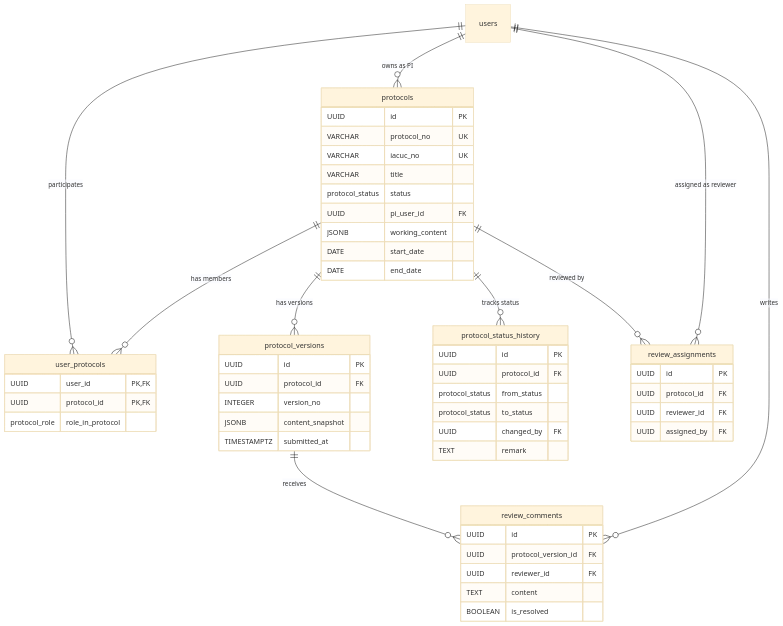
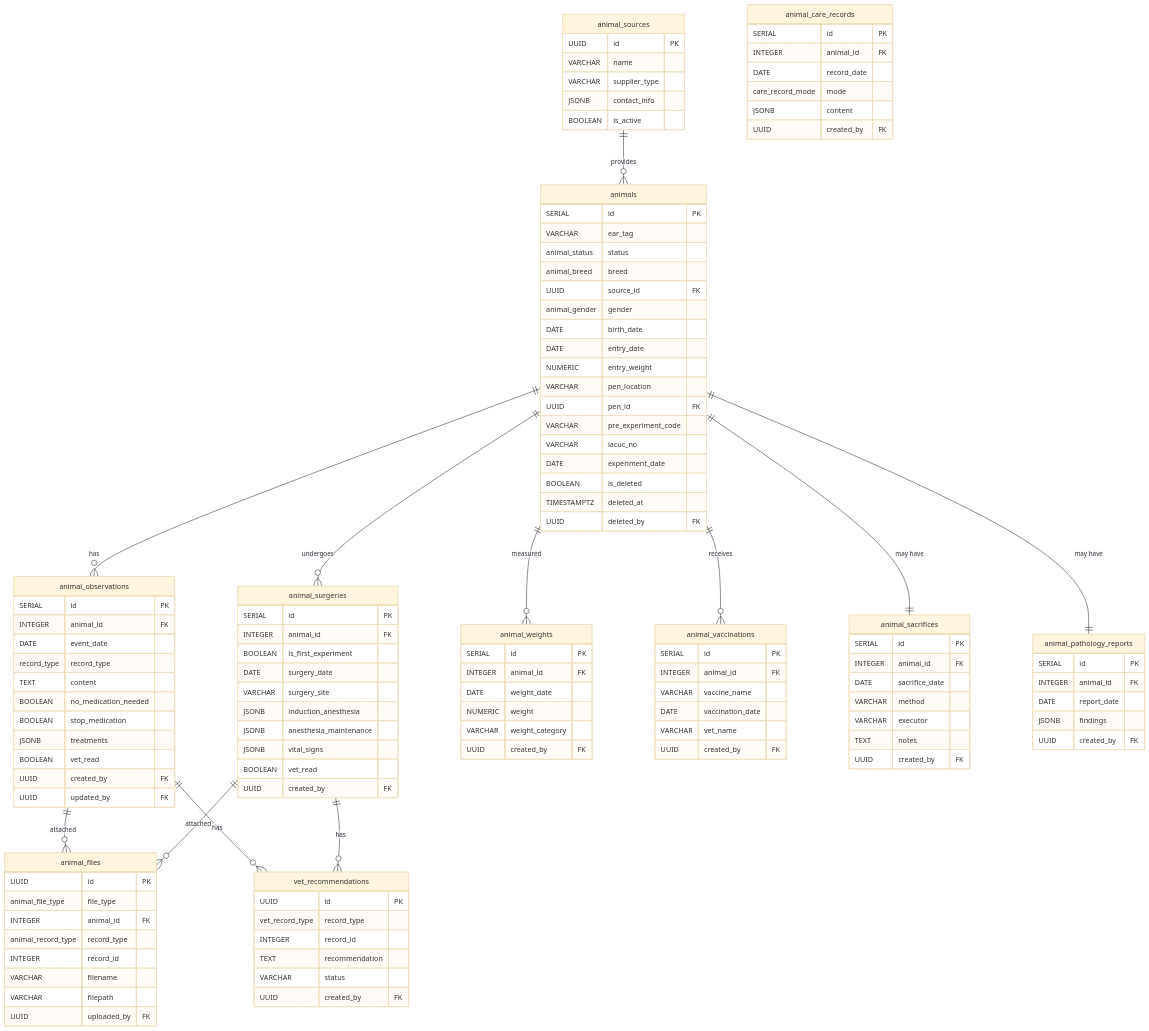
Before and after one commit to delightening/ipig_system: the fourth of 11 diagrams in Profiling_Spec/database_erd.md, drawn with Mermaid (base theme). The commit also changed other lines of this file and 71 other files, not shown here.

````diff
--- a/Profiling_Spec/database_erd.md
+++ b/Profiling_Spec/database_erd.md
@@ -237,62 +263,134 @@
 ```mermaid
 erDiagram
-    users ||--o{ protocols : "owns as PI"
-    users ||--o{ user_protocols : "participates"
-    protocols ||--o{ user_protocols : "has members"
-    protocols ||--o{ protocol_versions : "has versions"
-    protocols ||--o{ protocol_status_history : "tracks status"
-    protocols ||--o{ review_assignments : "reviewed by"
-    protocol_versions ||--o{ review_comments : "receives"
-    users ||--o{ review_assignments : "assigned as reviewer"
-    users ||--o{ review_comments : "writes"
+    animal_sources ||--o{ animals : "provides"
+    animals ||--o{ animal_observations : "has"
+    animals ||--o{ animal_surgeries : "undergoes"
+    animals ||--o{ animal_weights : "measured"
+    animals ||--o{ animal_vaccinations : "receives"
+    animals ||--|| animal_sacrifices : "may have"
+    animals ||--|| animal_pathology_reports : "may have"
+    animal_observations ||--o{ animal_files : "attached"
+    animal_surgeries ||--o{ animal_files : "attached"
+    animal_observations ||--o{ vet_recommendations : "has"
+    animal_surgeries ||--o{ vet_recommendations : "has"
     
-    protocols {
+    animals {
+        SERIAL id PK
+        VARCHAR ear_tag
+        animal_status status
+        animal_breed breed
+        UUID source_id FK
+        animal_gender gender
+        DATE birth_date
+        DATE entry_date
+        NUMERIC entry_weight
+        VARCHAR pen_location
+        UUID pen_id FK
+        VARCHAR pre_experiment_code
+        VARCHAR iacuc_no
+        DATE experiment_date
+        BOOLEAN is_deleted
+        TIMESTAMPTZ deleted_at
+        UUID deleted_by FK
+    }
+
+    animal_sources {
         UUID id PK
-        VARCHAR protocol_no UK
-        VARCHAR iacuc_no UK
-        VARCHAR title
-        protocol_status status
-        UUID pi_user_id FK
-        JSONB working_content
-        DATE start_date
-        DATE end_date
+        VARCHAR name
+        VARCHAR supplier_type
+        JSONB contact_info
+        BOOLEAN is_active
     }
-    
-    user_protocols {
-        UUID user_id PK,FK
-        UUID protocol_id PK,FK
-        protocol_role role_in_protocol
+
+    animal_observations {
+        SERIAL id PK
+        INTEGER animal_id FK
+        DATE event_date
+        record_type record_type
+        TEXT content
+        BOOLEAN no_medication_needed
+        BOOLEAN stop_medication
+        JSONB treatments
+        BOOLEAN vet_read
+        UUID created_by FK
+        UUID updated_by FK
     }
-    
-    protocol_versions {
+
+    animal_surgeries {
+        SERIAL id PK
+        INTEGER animal_id FK
+        BOOLEAN is_first_experiment
+        DATE surgery_date
+        VARCHAR surgery_site
+        JSONB induction_anesthesia
+        JSONB anesthesia_maintenance
+        JSONB vital_signs
+        BOOLEAN vet_read
+        UUID created_by FK
+    }
+
+    animal_weights {
+        SERIAL id PK
+        INTEGER animal_id FK
+        DATE weight_date
+        NUMERIC weight
+        VARCHAR weight_category
+        UUID created_by FK
+    }
+
+    animal_vaccinations {
+        SERIAL id PK
+        INTEGER animal_id FK
+        VARCHAR vaccine_name
+        DATE vaccination_date
+        VARCHAR vet_name
+        UUID created_by FK
+    }
+
+    animal_sacrifices {
+        SERIAL id PK
+        INTEGER animal_id FK
+        DATE sacrifice_date
+        VARCHAR method
+        VARCHAR executor
+        TEXT notes
+        UUID created_by FK
+    }
+
+    animal_pathology_reports {
+        SERIAL id PK
+        INTEGER animal_id FK
+        DATE report_date
+        JSONB findings
+        UUID created_by FK
+    }
+
+    animal_files {
         UUID id PK
-        UUID protocol_id FK
-        INTEGER version_no
-        JSONB content_snapshot
-        TIMESTAMPTZ submitted_at
+        animal_file_type file_type
+        INTEGER animal_id FK
+        animal_record_type record_type
+        INTEGER record_id
+        VARCHAR filename
+        VARCHAR filepath
+        UUID uploaded_by FK
     }
-    
-    protocol_status_history {
+
+    vet_recommendations {
         UUID id PK
-        UUID protocol_id FK
-        protocol_status from_status
-        protocol_status to_status
-        UUID changed_by FK
-        TEXT remark
+        vet_record_type record_type
+        INTEGER record_id
+        TEXT recommendation
+        VARCHAR status
+        UUID created_by FK
     }
-    
-    review_assignments {
-        UUID id PK
-        UUID protocol_id FK
-        UUID reviewer_id FK
-        UUID assigned_by FK
-    }
-    
-    review_comments {
-        UUID id PK
-        UUID protocol_version_id FK
-        UUID reviewer_id FK
-        TEXT content
-        BOOLEAN is_resolved
+
+    animal_care_records {
+        SERIAL id PK
+        INTEGER animal_id FK
+        DATE record_date
+        care_record_mode mode
+        JSONB content
+        UUID created_by FK
     }
 ```
````
